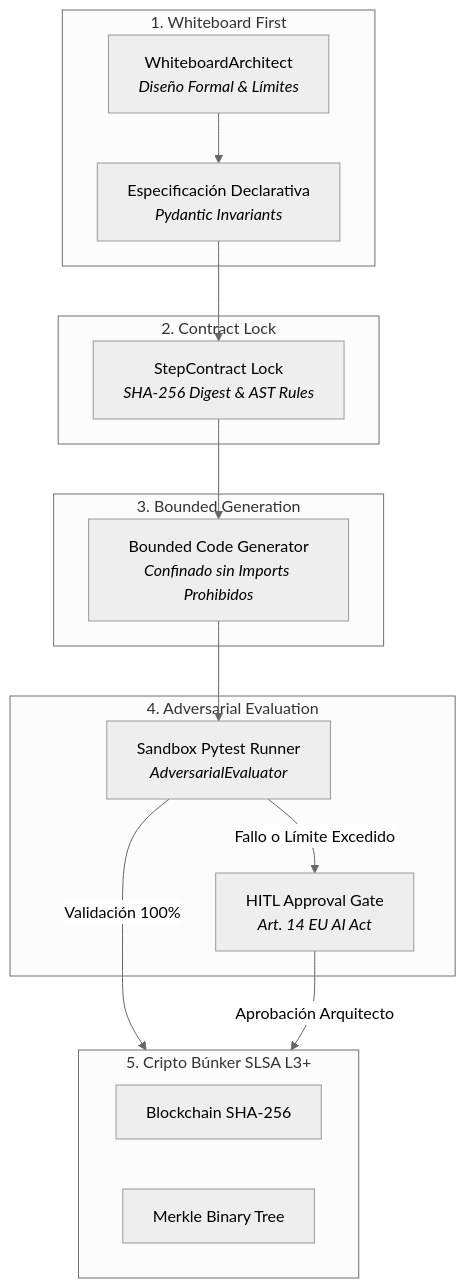
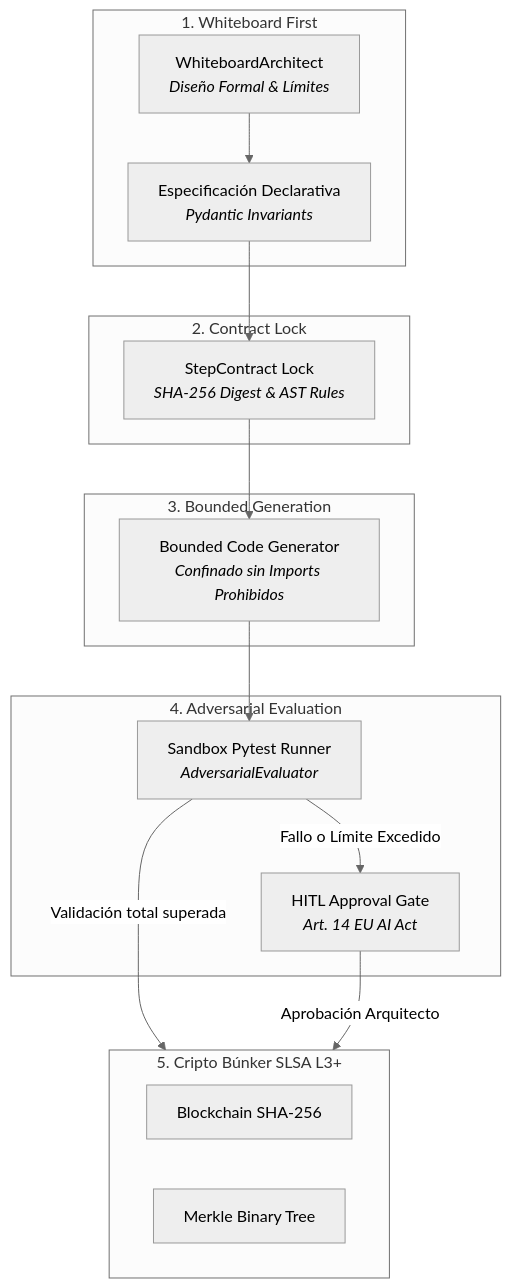
Before and after one commit to Tardigrado-76/Capgemini: the diagram in WHITE CODING HARNESS/README.md, drawn with Mermaid (neutral theme). The commit also changed 11 other files, not shown here.

Commit message:
fix(docs): sanitize Mermaid diagram edge labels across all projects to ensure 100% GitHub rendering

````diff
--- a/WHITE CODING HARNESS/README.md
+++ b/WHITE CODING HARNESS/README.md
@@ -17,33 +17,33 @@
 ```mermaid
 graph TD
     subgraph Design ["1. Whiteboard First"]
         ARCH["WhiteboardArchitect<br/><i>Diseño Formal & Límites</i>"]
         SPEC["Especificación Declarativa<br/><i>Pydantic Invariants</i>"]
     end
 
     subgraph Lock ["2. Contract Lock"]
         CONTRACT["StepContract Lock<br/><i>SHA-256 Digest & AST Rules</i>"]
     end
 
     subgraph Gen ["3. Bounded Generation"]
         AGENT["Bounded Code Generator<br/><i>Confinado sin Imports Prohibidos</i>"]
     end
 
     subgraph Eval ["4. Adversarial Evaluation"]
         TEST["Sandbox Pytest Runner<br/><i>AdversarialEvaluator</i>"]
         HITL["HITL Approval Gate<br/><i>Art. 14 EU AI Act</i>"]
     end
 
     subgraph Bunker ["5. Cripto Búnker SLSA L3+"]
         LEDGER["Blockchain SHA-256"]
         MERKLE["Merkle Binary Tree"]
     end
 
     ARCH --> SPEC
     SPEC --> CONTRACT
     CONTRACT --> AGENT
     AGENT --> TEST
     TEST -->|Fallo o Límite Excedido| HITL
-    TEST -->|Validación 100%| Bunker
+    TEST -->|Validación total superada| Bunker
     HITL -->|Aprobación Arquitecto| Bunker
 ```
````
